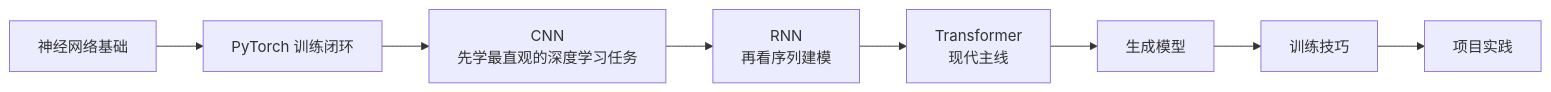
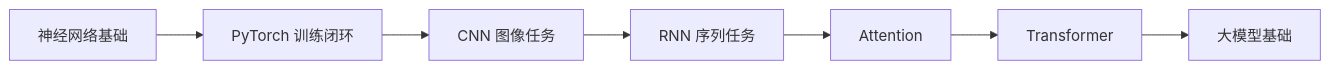
One commit to oudbiao/AI-fullstack-course changed the diagram in docs/stage5/index.md. Above: the diagram before and after it, drawn with Mermaid. The commit also changed other lines of this file and 95 other files, not shown here.

````diff
--- a/docs/stage5/index.md
+++ b/docs/stage5/index.md
@@ -51,10 +25,9 @@
 ```mermaid
 flowchart LR
-    A["神经网络基础"] --> B["PyTorch 训练闭环"]
-    B --> C["CNN<br/>先学最直观的深度学习任务"]
-    C --> D["RNN<br/>再看序列建模"]
-    D --> E["Transformer<br/>现代主线"]
-    E --> F["生成模型"]
-    F --> G["训练技巧"]
-    G --> H["项目实践"]
+  A[神经网络基础] --> B[PyTorch 训练闭环]
+  B --> C[CNN 图像任务]
+  C --> D[RNN 序列任务]
+  D --> E[Attention]
+  E --> F[Transformer]
+  F --> G[大模型基础]
 ```
````
